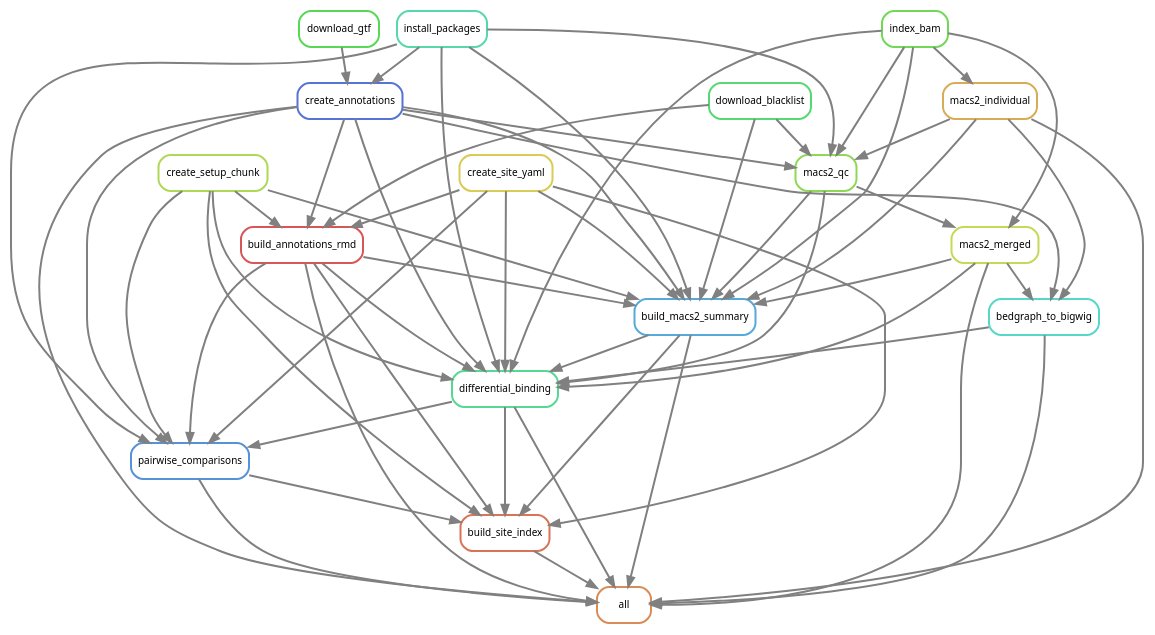
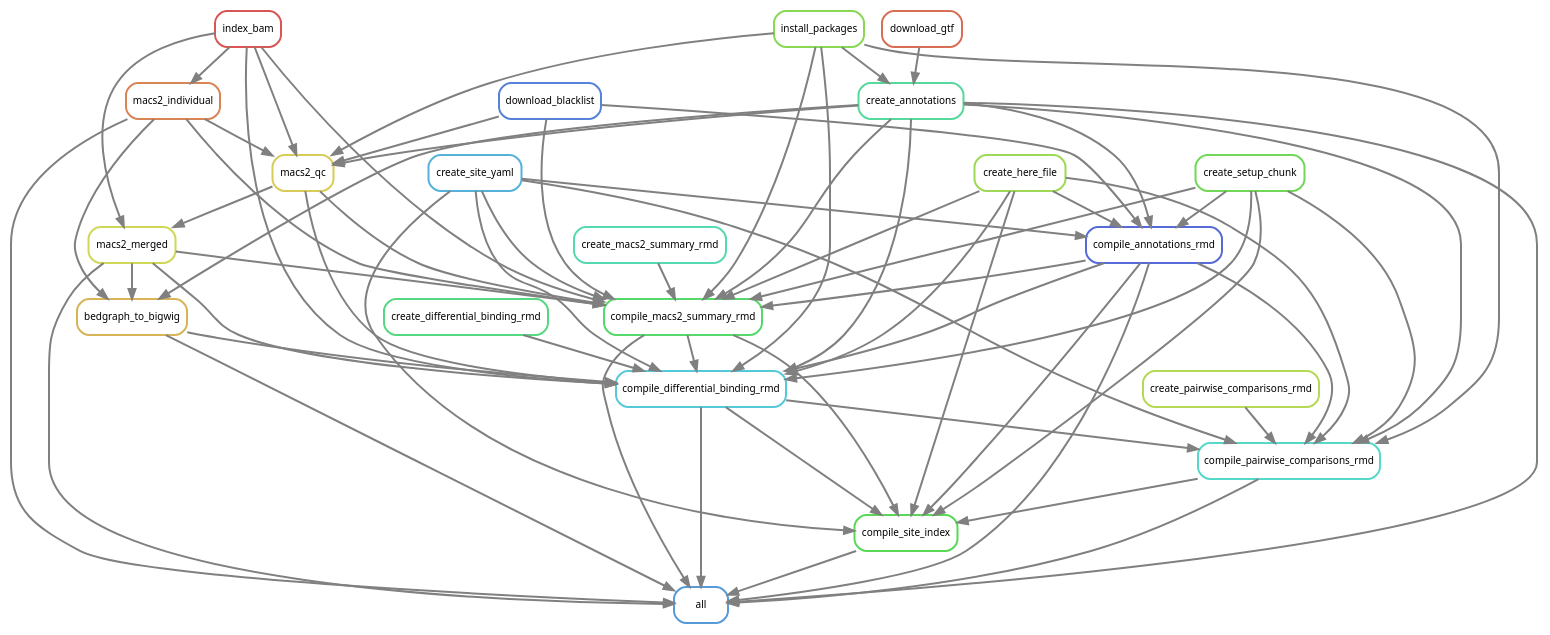
Before and after one commit to smped/GRAVI: the diagram in workflow/rules/rulegraph.dot, drawn with Graphviz. The commit also changed 6 other files, not shown here.

Commit message:
Moved all Rmd creation steps to separate rules

```diff
--- a/workflow/rules/rulegraph.dot
+++ b/workflow/rules/rulegraph.dot
@@ -1,80 +1,92 @@
 digraph snakemake_dag {
     graph[bgcolor=white, margin=0];
     node[shape=box, style=rounded, fontname=sans,                 fontsize=10, penwidth=2];
     edge[penwidth=2, color=grey];
-	0[label = "all", color = "0.07 0.6 0.85", style="rounded"];
-	1[label = "create_annotations", color = "0.63 0.6 0.85", style="rounded"];
-	2[label = "download_gtf", color = "0.33 0.6 0.85", style="rounded"];
-	3[label = "install_packages", color = "0.44 0.6 0.85", style="rounded"];
-	4[label = "build_annotations_rmd", color = "0.00 0.6 0.85", style="rounded"];
-	5[label = "download_blacklist", color = "0.37 0.6 0.85", style="rounded"];
-	6[label = "create_setup_chunk", color = "0.22 0.6 0.85", style="rounded"];
-	7[label = "create_site_yaml", color = "0.15 0.6 0.85", style="rounded"];
-	8[label = "build_macs2_summary", color = "0.56 0.6 0.85", style="rounded"];
-	9[label = "index_bam", color = "0.30 0.6 0.85", style="rounded"];
-	10[label = "macs2_individual", color = "0.11 0.6 0.85", style="rounded"];
-	11[label = "macs2_merged", color = "0.19 0.6 0.85", style="rounded"];
-	12[label = "macs2_qc", color = "0.26 0.6 0.85", style="rounded"];
-	13[label = "differential_binding", color = "0.41 0.6 0.85", style="rounded"];
-	14[label = "bedgraph_to_bigwig", color = "0.48 0.6 0.85", style="rounded"];
-	15[label = "pairwise_comparisons", color = "0.59 0.6 0.85", style="rounded"];
-	16[label = "build_site_index", color = "0.04 0.6 0.85", style="rounded"];
+	0[label = "all", color = "0.58 0.6 0.85", style="rounded"];
+	1[label = "create_annotations", color = "0.42 0.6 0.85", style="rounded"];
+	2[label = "download_gtf", color = "0.03 0.6 0.85", style="rounded"];
+	3[label = "install_packages", color = "0.27 0.6 0.85", style="rounded"];
+	4[label = "compile_annotations_rmd", color = "0.64 0.6 0.85", style="rounded"];
+	5[label = "download_blacklist", color = "0.61 0.6 0.85", style="rounded"];
+	6[label = "create_here_file", color = "0.24 0.6 0.85", style="rounded"];
+	7[label = "create_setup_chunk", color = "0.30 0.6 0.85", style="rounded"];
+	8[label = "create_site_yaml", color = "0.55 0.6 0.85", style="rounded"];
+	9[label = "compile_macs2_summary_rmd", color = "0.36 0.6 0.85", style="rounded"];
+	10[label = "index_bam", color = "0.00 0.6 0.85", style="rounded"];
+	11[label = "macs2_qc", color = "0.15 0.6 0.85", style="rounded"];
+	12[label = "macs2_individual", color = "0.06 0.6 0.85", style="rounded"];
+	13[label = "macs2_merged", color = "0.18 0.6 0.85", style="rounded"];
+	14[label = "create_macs2_summary_rmd", color = "0.45 0.6 0.85", style="rounded"];
+	15[label = "compile_differential_binding_rmd", color = "0.52 0.6 0.85", style="rounded"];
+	16[label = "bedgraph_to_bigwig", color = "0.12 0.6 0.85", style="rounded"];
+	17[label = "create_differential_binding_rmd", color = "0.39 0.6 0.85", style="rounded"];
+	18[label = "compile_pairwise_comparisons_rmd", color = "0.48 0.6 0.85", style="rounded"];
+	19[label = "create_pairwise_comparisons_rmd", color = "0.21 0.6 0.85", style="rounded"];
+	20[label = "compile_site_index", color = "0.33 0.6 0.85", style="rounded"];
+	1 -> 0
+	12 -> 0
+	20 -> 0
+	9 -> 0
+	16 -> 0
+	13 -> 0
+	18 -> 0
+	15 -> 0
 	4 -> 0
-	1 -> 0
-	16 -> 0
-	10 -> 0
-	11 -> 0
-	13 -> 0
-	14 -> 0
-	8 -> 0
-	15 -> 0
 	2 -> 1
 	3 -> 1
+	6 -> 4
+	1 -> 4
 	7 -> 4
-	6 -> 4
+	8 -> 4
 	5 -> 4
-	1 -> 4
-	4 -> 8
-	10 -> 8
-	1 -> 8
-	11 -> 8
-	7 -> 8
-	12 -> 8
-	6 -> 8
-	5 -> 8
-	9 -> 8
-	3 -> 8
-	9 -> 10
+	10 -> 9
+	6 -> 9
+	1 -> 9
+	3 -> 9
+	12 -> 9
+	7 -> 9
+	8 -> 9
+	11 -> 9
+	13 -> 9
+	14 -> 9
+	5 -> 9
+	4 -> 9
+	10 -> 11
+	1 -> 11
+	3 -> 11
 	12 -> 11
-	9 -> 11
-	1 -> 12
+	5 -> 11
 	10 -> 12
-	5 -> 12
-	9 -> 12
-	3 -> 12
-	4 -> 13
-	1 -> 13
+	10 -> 13
 	11 -> 13
-	7 -> 13
-	12 -> 13
-	6 -> 13
-	9 -> 13
-	14 -> 13
-	3 -> 13
-	8 -> 13
-	11 -> 14
-	10 -> 14
-	1 -> 14
+	10 -> 15
+	17 -> 15
+	6 -> 15
+	1 -> 15
+	3 -> 15
+	7 -> 15
+	16 -> 15
+	9 -> 15
+	8 -> 15
+	11 -> 15
+	13 -> 15
 	4 -> 15
-	1 -> 15
-	7 -> 15
-	6 -> 15
-	13 -> 15
-	3 -> 15
-	4 -> 16
-	7 -> 16
-	6 -> 16
 	13 -> 16
-	8 -> 16
-	15 -> 16
+	1 -> 16
+	12 -> 16
+	6 -> 18
+	1 -> 18
+	3 -> 18
+	7 -> 18
+	8 -> 18
+	19 -> 18
+	15 -> 18
+	4 -> 18
+	6 -> 20
+	7 -> 20
+	9 -> 20
+	8 -> 20
+	18 -> 20
+	15 -> 20
+	4 -> 20
 }            
```
